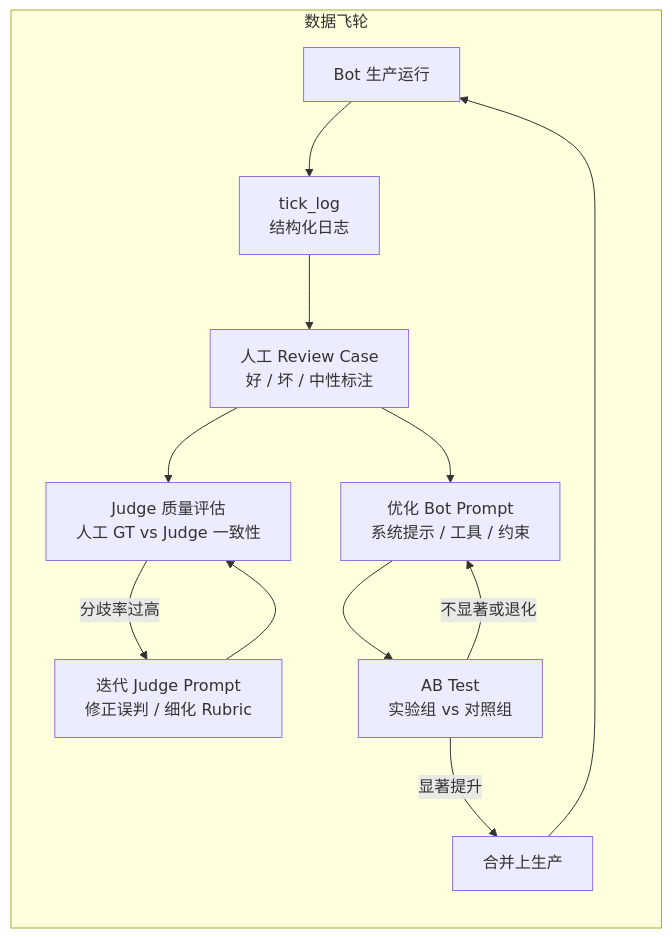
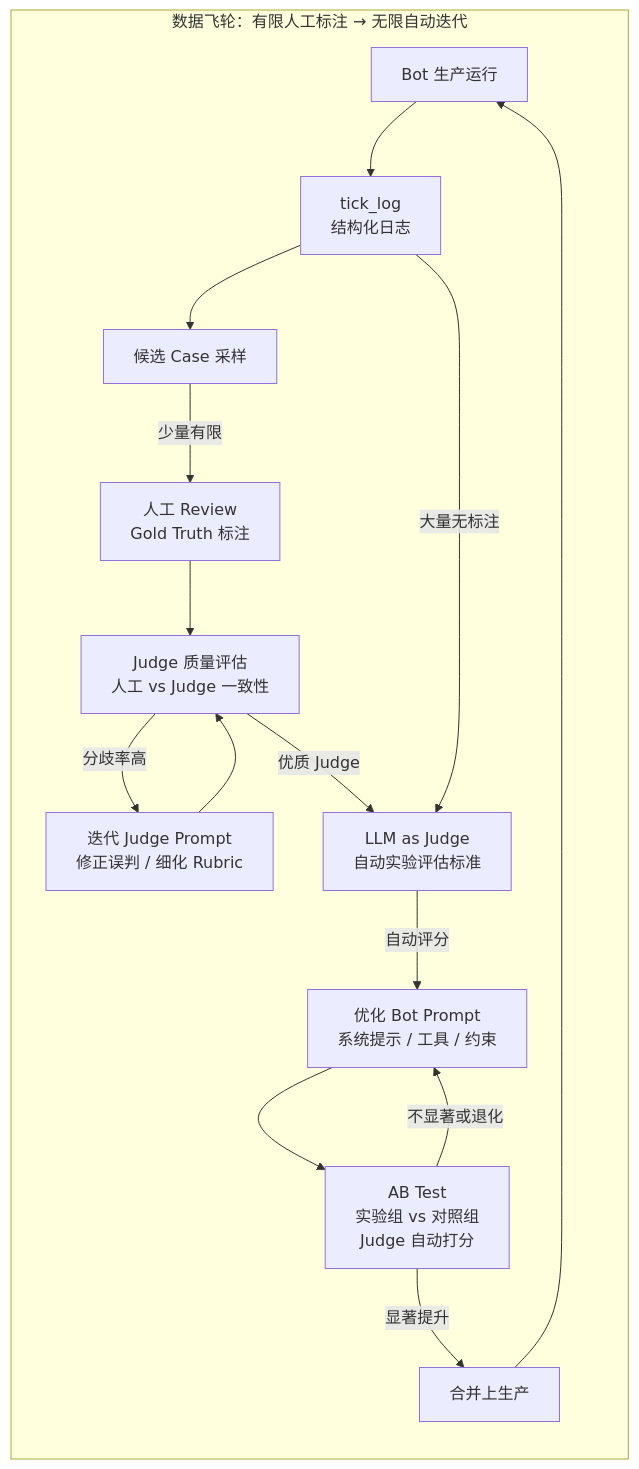
One commit to 899ms/wechat-mac-rpa changed the sixth of 6 diagrams in README.md. Above: the diagram before and after it, drawn with Mermaid. The commit also changed other lines of this file, not shown here.

First line of the commit message:
docs: emphasize data flywheel leverage — finite human labels, infinite bot iterations (#29)

````diff
--- a/README.md
+++ b/README.md
@@ -185,17 +187,20 @@
 ```mermaid
 graph LR
-    subgraph Flywheel["数据飞轮"]
+    subgraph Flywheel["数据飞轮：有限人工标注 → 无限自动迭代"]
         Prod[Bot 生产运行] --> Tick[tick_log<br/>结构化日志]
-        Tick --> Review[人工 Review Case<br/>好 / 坏 / 中性标注]
+        Tick --> Sample[候选 Case 采样]
 
-        Review --> JudgeEval[Judge 质量评估<br/>人工 GT vs Judge 一致性]
-        JudgeEval -->|分歧率过高| JudgeIter[迭代 Judge Prompt<br/>修正误判 / 细化 Rubric]
+        Sample -->|少量有限| Review[人工 Review<br/>Gold Truth 标注]
+        Review --> JudgeEval[Judge 质量评估<br/>人工 vs Judge 一致性]
+        JudgeEval -->|分歧率高| JudgeIter[迭代 Judge Prompt<br/>修正误判 / 细化 Rubric]
         JudgeIter --> JudgeEval
+        JudgeEval -->|优质 Judge| AutoJudge["LLM as Judge<br/>自动实验评估标准"]
 
-        Review --> PromptOpt[优化 Bot Prompt<br/>系统提示 / 工具 / 约束]
-        PromptOpt --> ABTest[AB Test<br/>实验组 vs 对照组]
+        Tick -->|大量无标注| AutoJudge
+        AutoJudge -->|自动评分| PromptOpt[优化 Bot Prompt<br/>系统提示 / 工具 / 约束]
+        PromptOpt --> ABTest[AB Test<br/>实验组 vs 对照组<br/>Judge 自动打分]
         ABTest -->|显著提升| Merge[合并上生产]
         Merge --> Prod
         ABTest -->|不显著或退化| PromptOpt
     end
 ```
````
